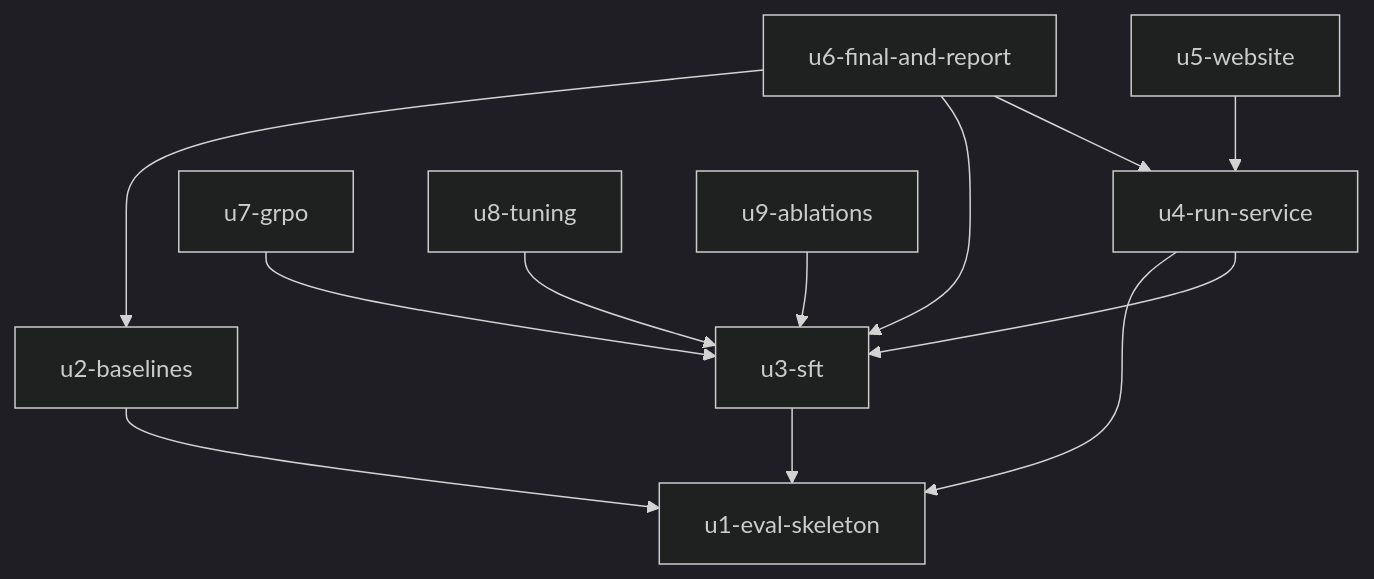
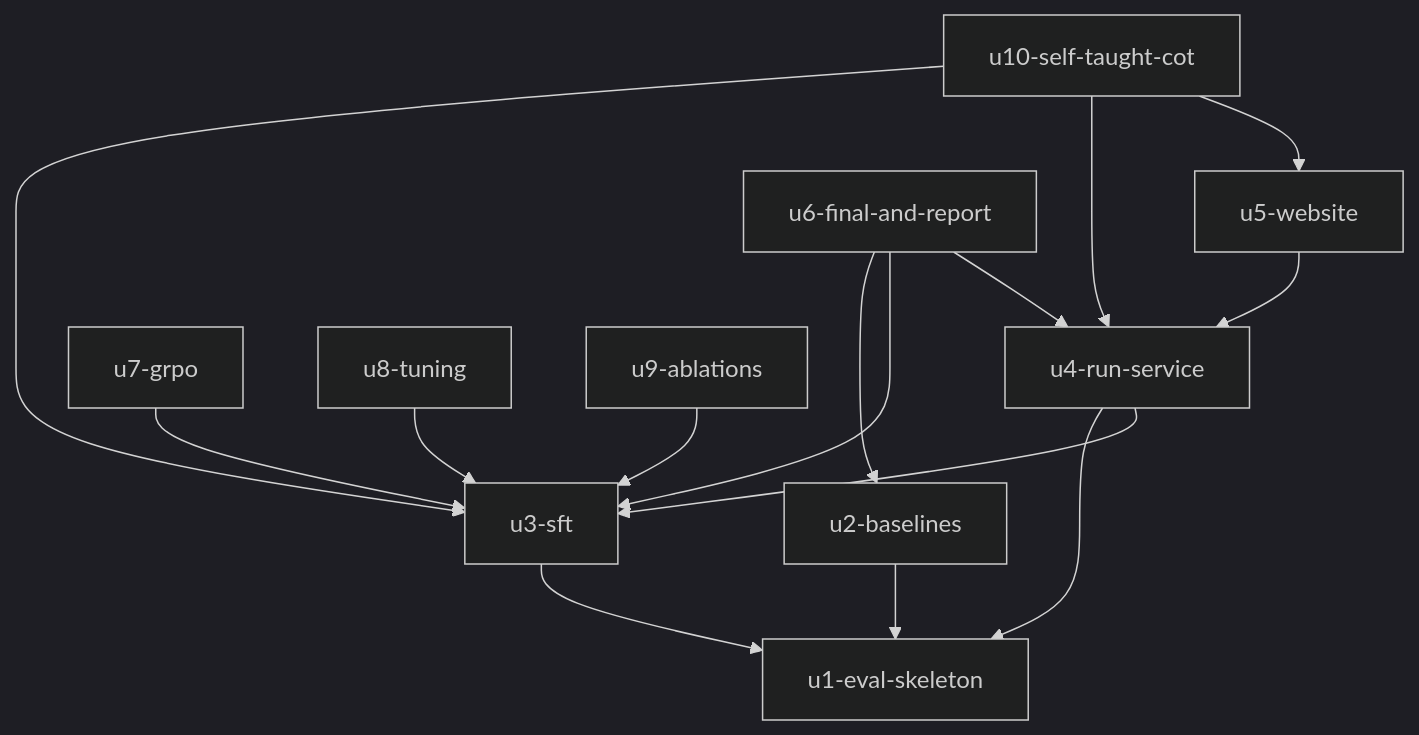
Before and after one commit to Nodolas/idea-gsm8k-finetune: the diagram in aidlc/spaces/default/intents/261030-gsm8k-finetune/inception/units-generation/unit-of-work-dependency.md, drawn with Mermaid (dark theme). The commit also changed other lines of this file and 8 other files, not shown here.

First line of the commit message:
spec(inception): unit u10-self-taught-cot, self-taught chain of thought and the Reasoning page

````diff
--- a/aidlc/spaces/default/intents/261030-gsm8k-finetune/inception/units-generation/unit-of-work-dependency.md
+++ b/aidlc/spaces/default/intents/261030-gsm8k-finetune/inception/units-generation/unit-of-work-dependency.md
@@ -31,14 +36,17 @@
 ```mermaid
 graph TD
   u2-baselines --> u1-eval-skeleton
   u3-sft --> u1-eval-skeleton
   u4-run-service --> u1-eval-skeleton
   u4-run-service --> u3-sft
   u5-website --> u4-run-service
   u6-final-and-report --> u2-baselines
   u6-final-and-report --> u3-sft
   u6-final-and-report --> u4-run-service
   u7-grpo --> u3-sft
   u8-tuning --> u3-sft
   u9-ablations --> u3-sft
+  u10-self-taught-cot --> u3-sft
+  u10-self-taught-cot --> u4-run-service
+  u10-self-taught-cot --> u5-website
 ```
````
